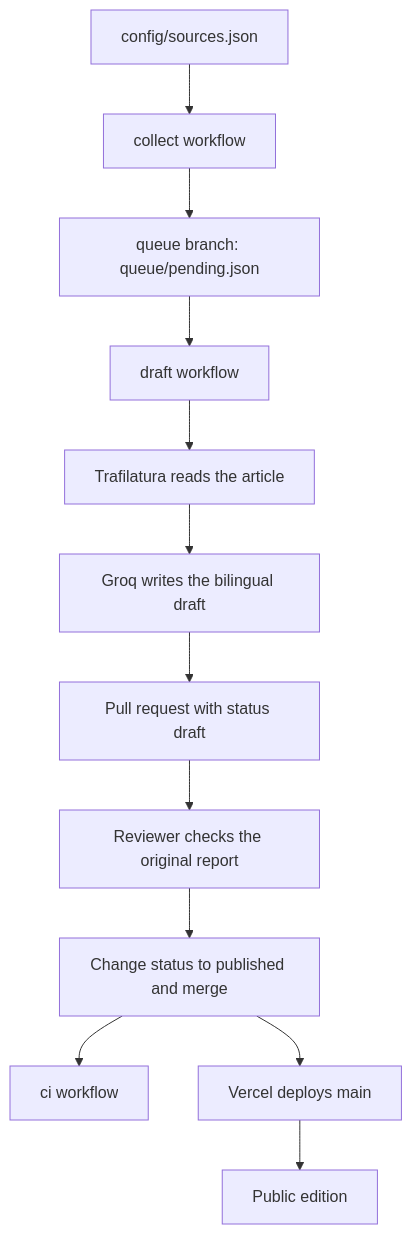
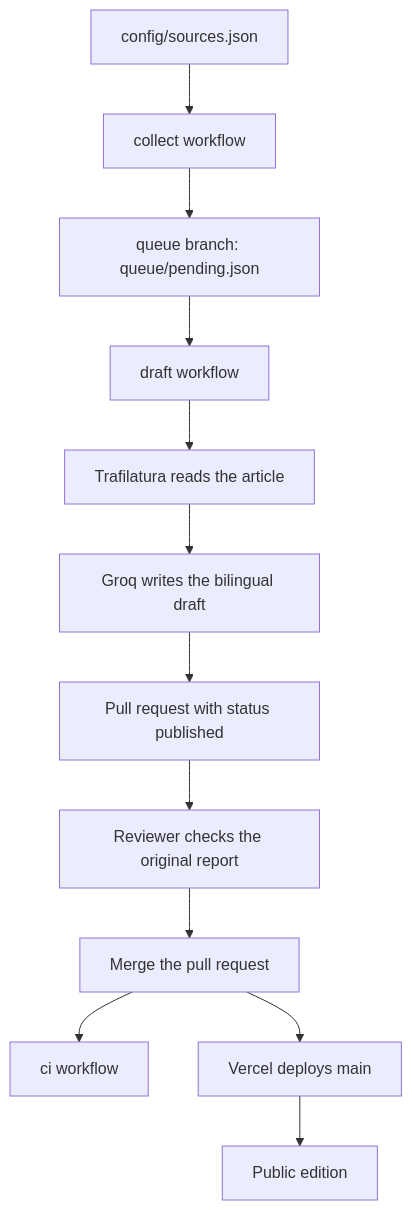
The diagram in README.md (rutecintra/newshell), drawn with Mermaid before and after one commit. The commit also changed other lines of this file and 3 other files, not shown here.

Commit message:
fix: publish a story when its pull request is merged

````diff
--- a/README.md
+++ b/README.md
@@ -11,14 +11,14 @@
 ```mermaid
 flowchart TD
   sources["config/sources.json"] --> collect["collect workflow"]
   collect --> queue["queue branch: queue/pending.json"]
   queue --> draft["draft workflow"]
   draft --> extract["Trafilatura reads the article"]
   extract --> groq["Groq writes the bilingual draft"]
-  groq --> pull["Pull request with status draft"]
+  groq --> pull["Pull request with status published"]
   pull --> review["Reviewer checks the original report"]
-  review --> publish["Change status to published and merge"]
+  review --> publish["Merge the pull request"]
   publish --> ci["ci workflow"]
   publish --> vercel["Vercel deploys main"]
   vercel --> site["Public edition"]
 ```
````
